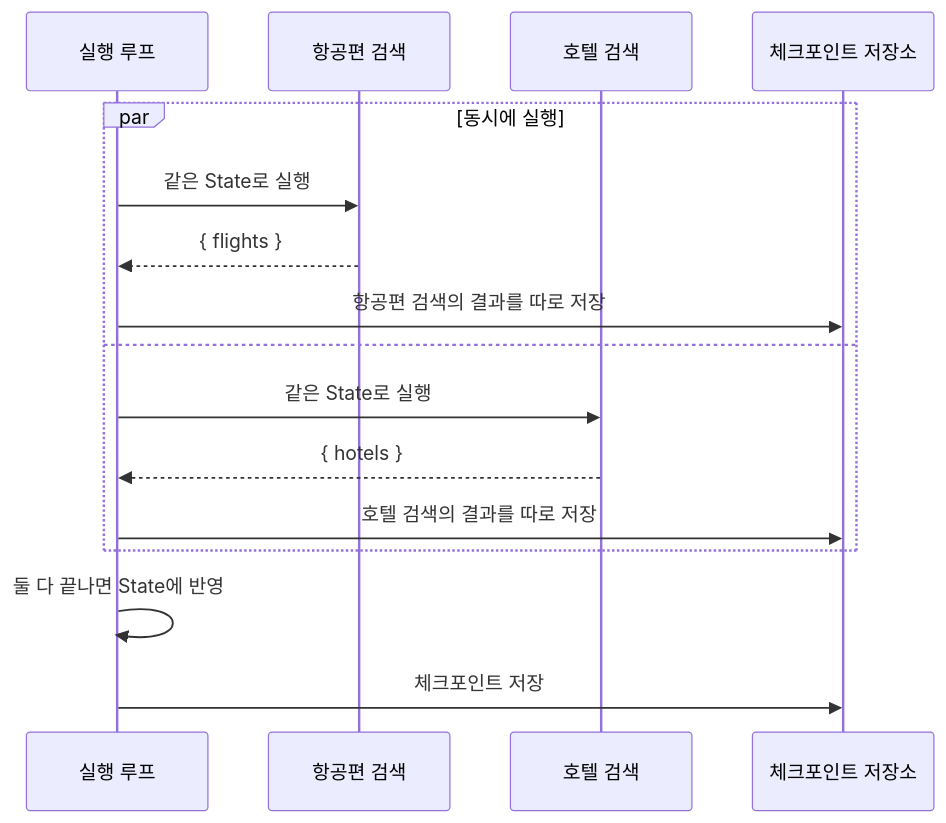
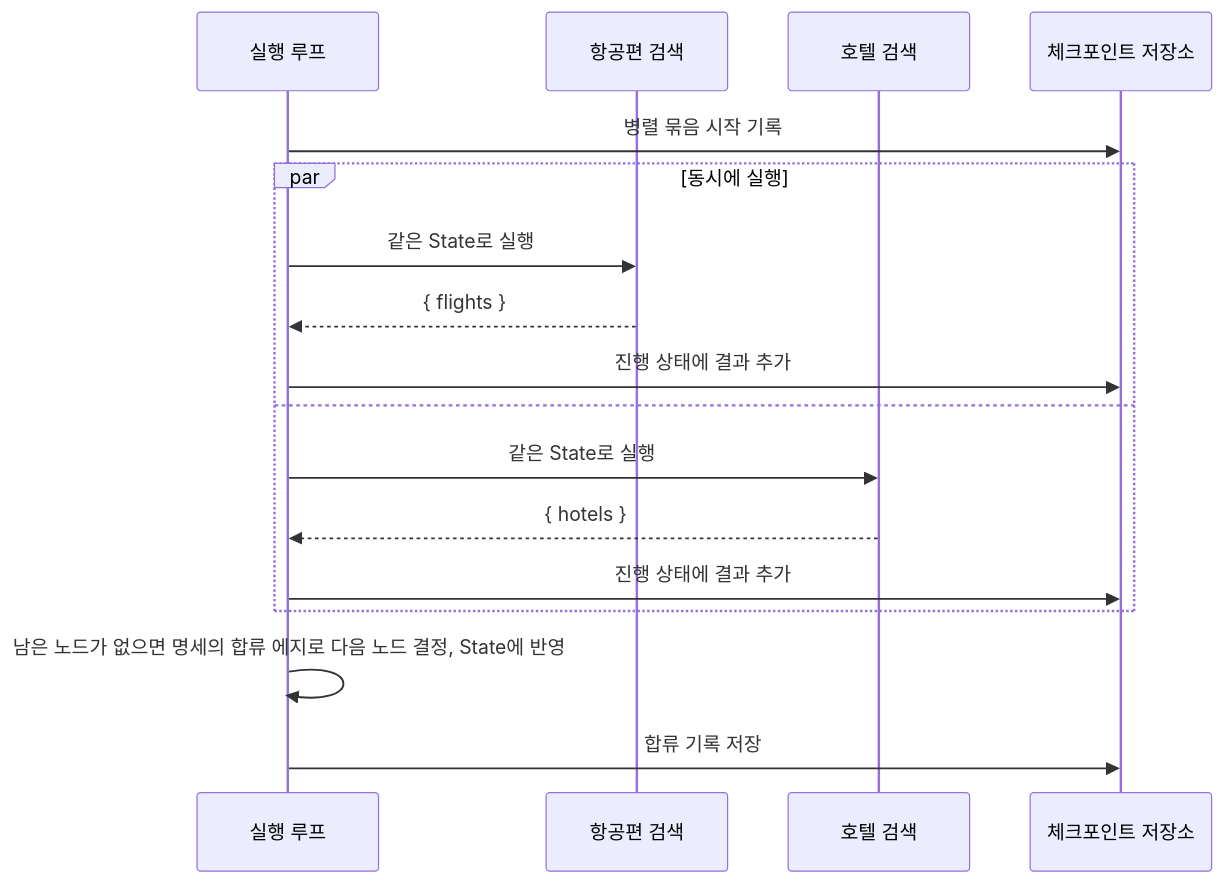
One commit to iwindfree/ai-agent-framework-architecture changed diagram 14 of 15 in 00.architecture.md. Above: the diagram before and after it, drawn with Mermaid. The commit also changed other lines of this file, not shown here.

````diff
--- a/00.architecture.md
+++ b/00.architecture.md
@@ -1287,18 +1299,19 @@
 ```mermaid
 sequenceDiagram
     participant L as 실행 루프
     participant F as 항공편 검색
     participant H as 호텔 검색
     participant S as 체크포인트 저장소
+    L->>S: 병렬 묶음 시작 기록
     par 동시에 실행
         L->>F: 같은 State로 실행
         F-->>L: { flights }
-        L->>S: 항공편 검색의 결과를 따로 저장
+        L->>S: 진행 상태에 결과 추가
     and
         L->>H: 같은 State로 실행
         H-->>L: { hotels }
-        L->>S: 호텔 검색의 결과를 따로 저장
+        L->>S: 진행 상태에 결과 추가
     end
-    L->>L: 둘 다 끝나면 State에 반영
-    L->>S: 체크포인트 저장
+    L->>L: 남은 노드가 없으면 명세의 합류 에지로 다음 노드 결정, State에 반영
+    L->>S: 합류 기록 저장
 ```
````
